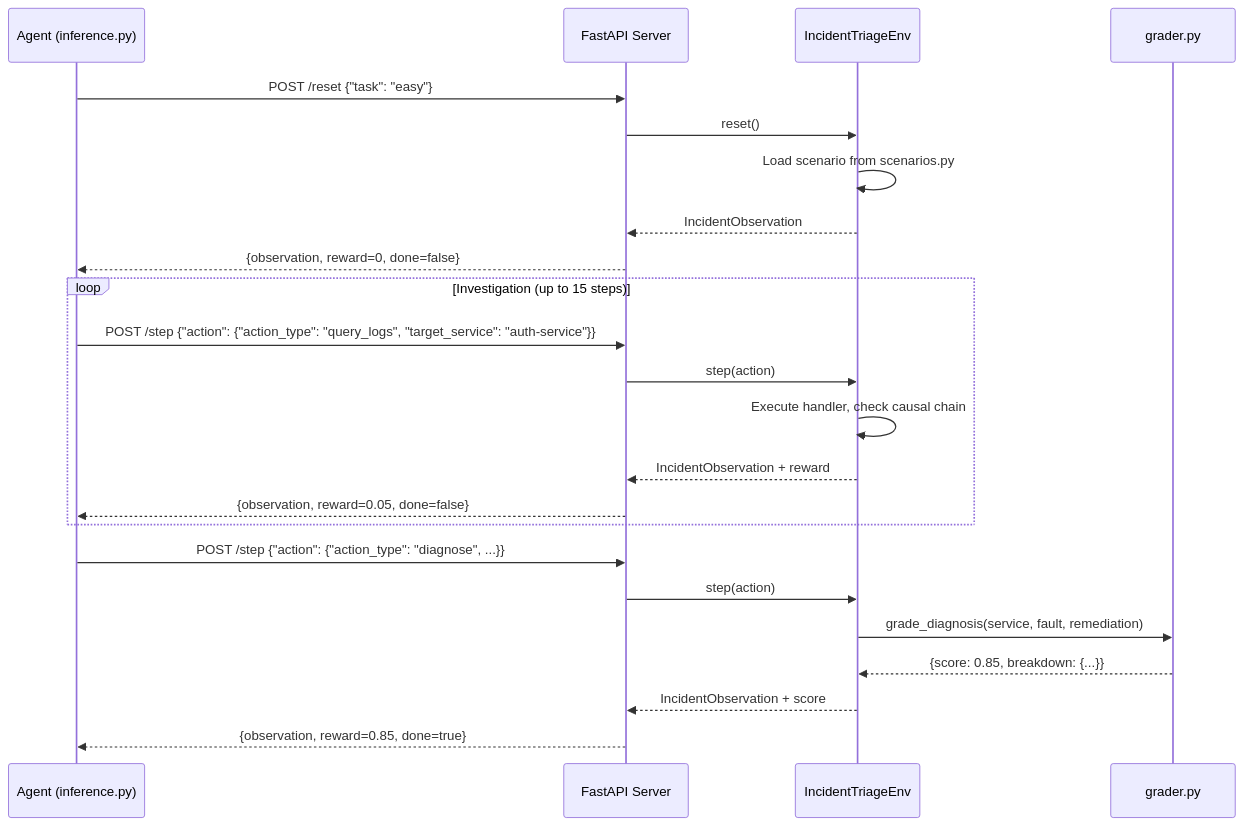
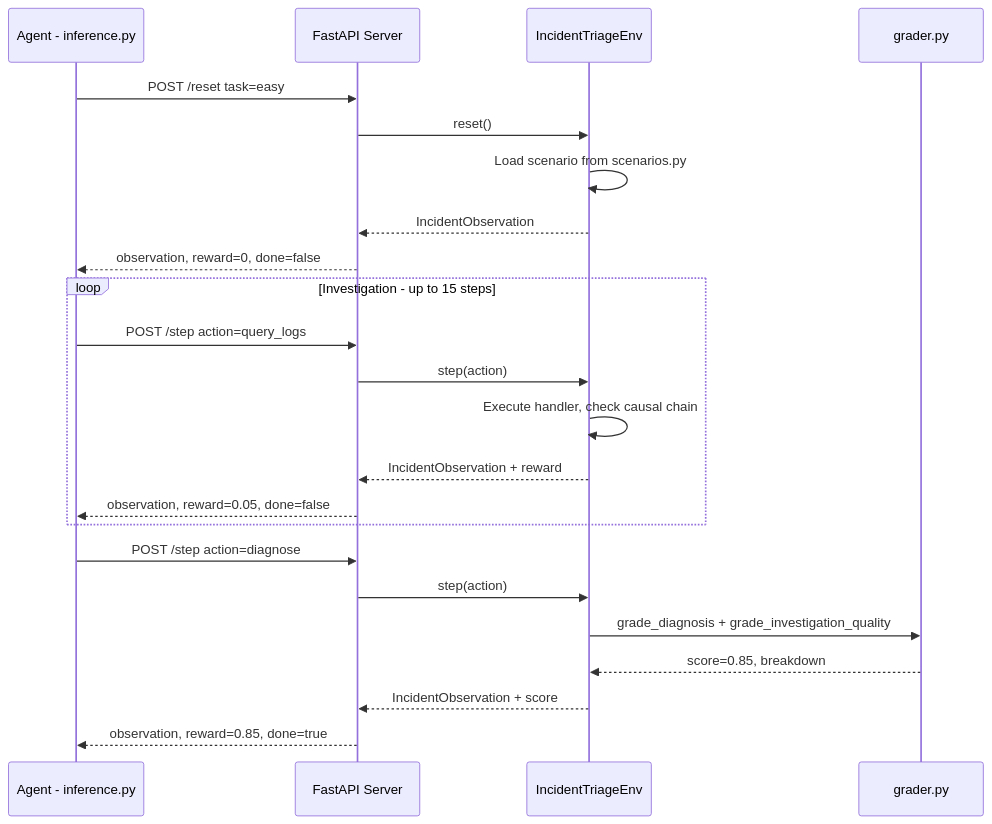
Before and after one commit to wildcraft958/incident_triage_env: the third of 6 diagrams in docs/ARCHITECTURE.md, drawn with Mermaid. The commit also changed other lines of this file, not shown here.

Commit message:
fix Mermaid diagrams for GitHub rendering compatibility

````diff
--- a/docs/ARCHITECTURE.md
+++ b/docs/ARCHITECTURE.md
@@ -72,28 +57,28 @@
 ```mermaid
 sequenceDiagram
-    participant Agent as Agent (inference.py)
+    participant Agent as Agent - inference.py
     participant Server as FastAPI Server
     participant Env as IncidentTriageEnv
     participant Grader as grader.py
 
-    Agent->>Server: POST /reset {"task": "easy"}
+    Agent->>Server: POST /reset task=easy
     Server->>Env: reset()
     Env->>Env: Load scenario from scenarios.py
     Env-->>Server: IncidentObservation
-    Server-->>Agent: {observation, reward=0, done=false}
+    Server-->>Agent: observation, reward=0, done=false
 
-    loop Investigation (up to 15 steps)
-        Agent->>Server: POST /step {"action": {"action_type": "query_logs", "target_service": "auth-service"}}
+    loop Investigation - up to 15 steps
+        Agent->>Server: POST /step action=query_logs
         Server->>Env: step(action)
         Env->>Env: Execute handler, check causal chain
         Env-->>Server: IncidentObservation + reward
-        Server-->>Agent: {observation, reward=0.05, done=false}
+        Server-->>Agent: observation, reward=0.05, done=false
     end
 
-    Agent->>Server: POST /step {"action": {"action_type": "diagnose", ...}}
+    Agent->>Server: POST /step action=diagnose
     Server->>Env: step(action)
-    Env->>Grader: grade_diagnosis(service, fault, remediation)
-    Grader-->>Env: {score: 0.85, breakdown: {...}}
+    Env->>Grader: grade_diagnosis + grade_investigation_quality
+    Grader-->>Env: score=0.85, breakdown
     Env-->>Server: IncidentObservation + score
-    Server-->>Agent: {observation, reward=0.85, done=true}
+    Server-->>Agent: observation, reward=0.85, done=true
 ```
````
